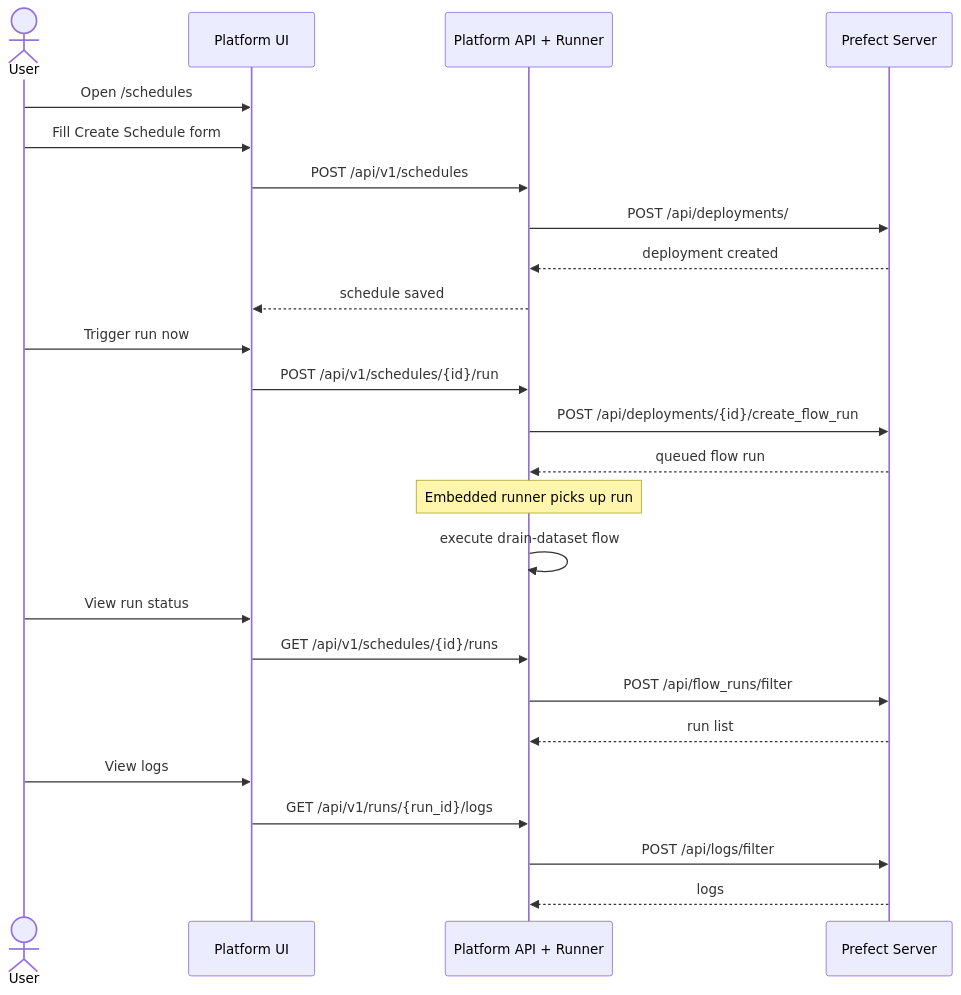
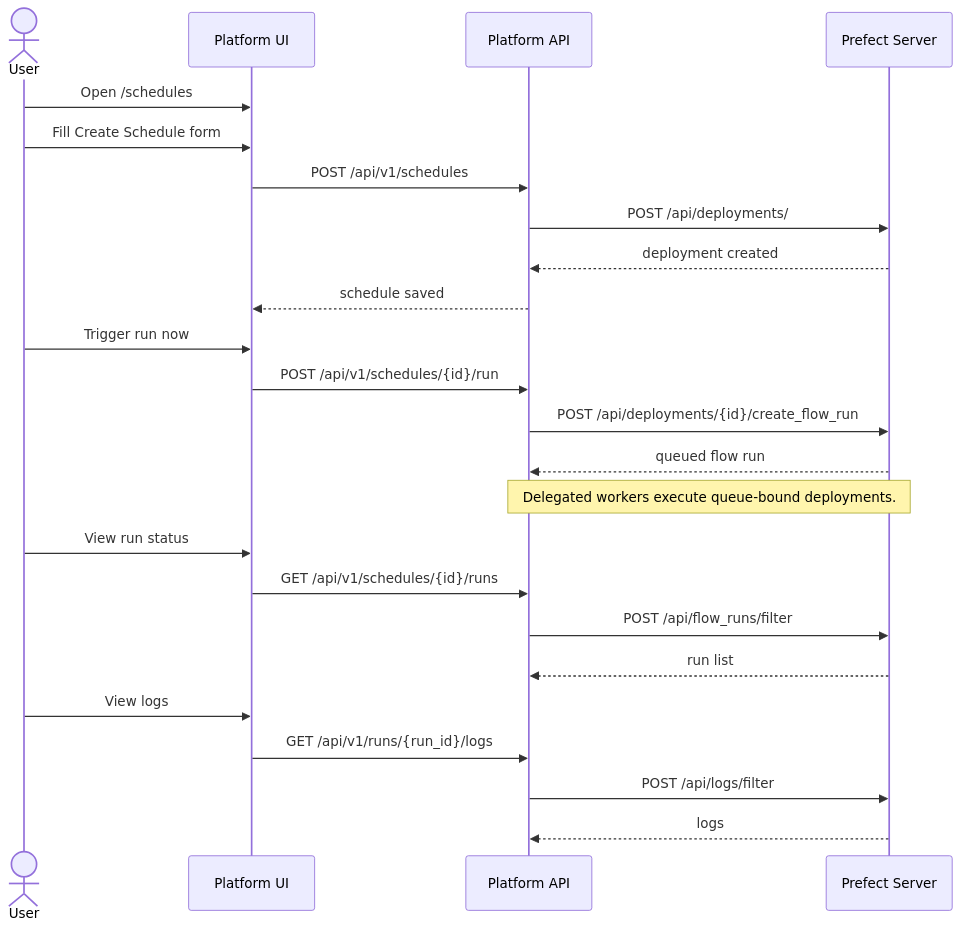
The second of 2 diagrams in docs/cron-scheduling-architecture.md (teepoy/web-training-platform), drawn with Mermaid before and after one commit. The commit also changed other lines of this file and 50 other files, not shown here.

````diff
--- a/docs/cron-scheduling-architecture.md
+++ b/docs/cron-scheduling-architecture.md
@@ -58,31 +65,30 @@
 ```mermaid
 sequenceDiagram
   actor User
   participant UI as Platform UI
-  participant API as Platform API + Runner
+  participant API as Platform API
   participant Prefect as Prefect Server
 
   User->>UI: Open /schedules
   User->>UI: Fill Create Schedule form
   UI->>API: POST /api/v1/schedules
   API->>Prefect: POST /api/deployments/
   Prefect-->>API: deployment created
   API-->>UI: schedule saved
 
   User->>UI: Trigger run now
   UI->>API: POST /api/v1/schedules/{id}/run
   API->>Prefect: POST /api/deployments/{id}/create_flow_run
   Prefect-->>API: queued flow run
-  Note over API: Embedded runner picks up run
-  API->>API: execute drain-dataset flow
+  Note over API,Prefect: Delegated workers execute queue-bound deployments.
 
   User->>UI: View run status
   UI->>API: GET /api/v1/schedules/{id}/runs
   API->>Prefect: POST /api/flow_runs/filter
   Prefect-->>API: run list
 
   User->>UI: View logs
   UI->>API: GET /api/v1/runs/{run_id}/logs
   API->>Prefect: POST /api/logs/filter
   Prefect-->>API: logs
 ```
````
